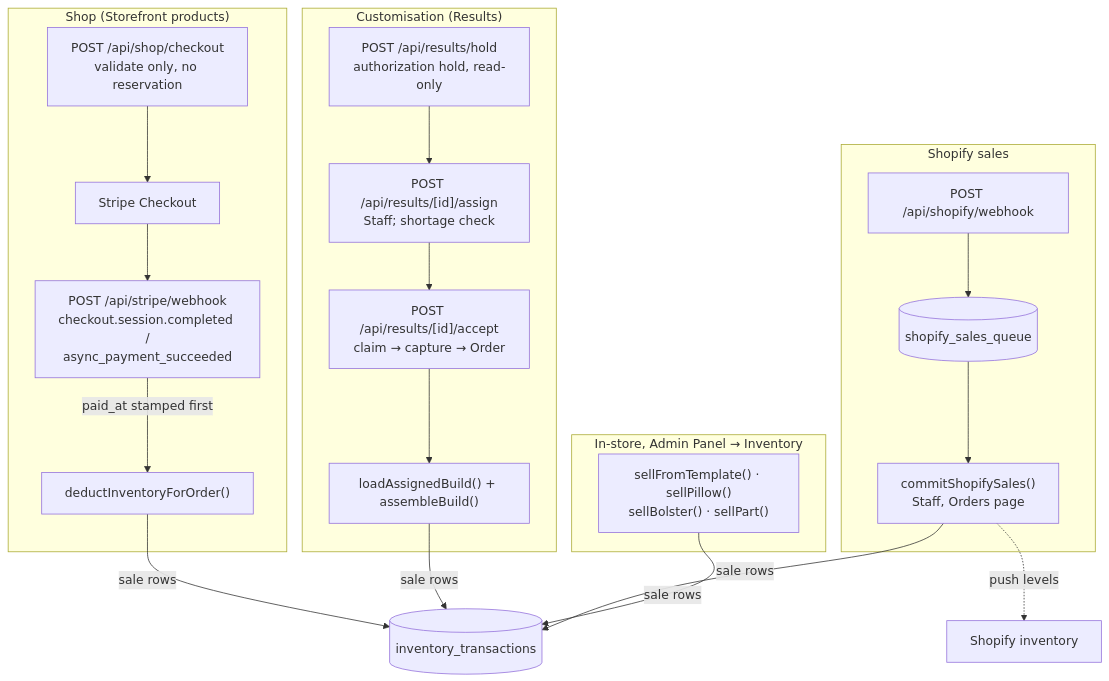
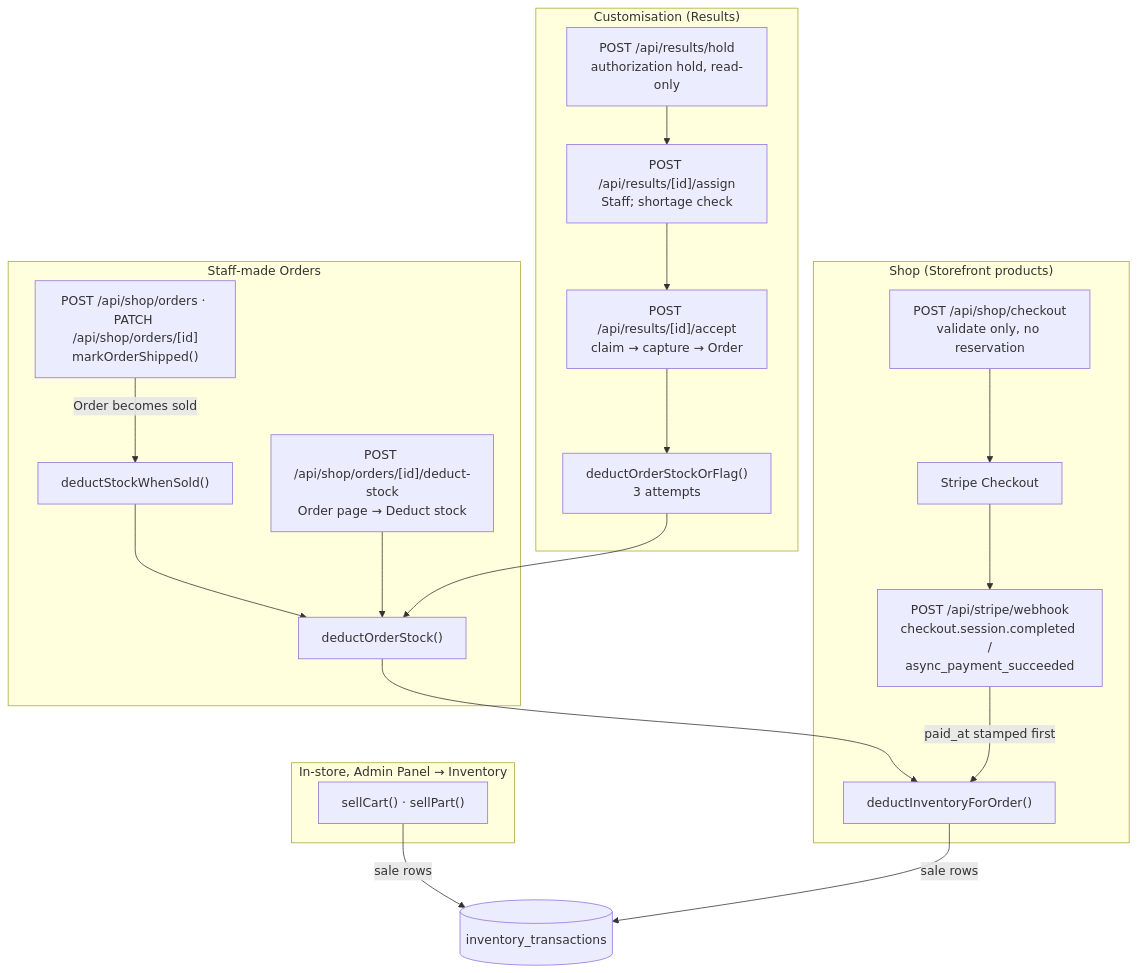
Before and after one commit to ivanyeors/mp: the diagram in docs/data-flows/purchases-to-inventory.md, drawn with Mermaid. The commit also changed other lines of this file and 48 other files, not shown here.

First line of the commit message:
Every sale takes its stock out once; remove the Shopify sales queue

````diff
--- a/docs/data-flows/purchases-to-inventory.md
+++ b/docs/data-flows/purchases-to-inventory.md
@@ -13,25 +13,25 @@
 ```mermaid
 flowchart TD
   subgraph shop["Shop (Storefront products)"]
     co["POST /api/shop/checkout<br/>validate only, no reservation"] --> stripe["Stripe Checkout"]
     stripe --> wh["POST /api/stripe/webhook<br/>checkout.session.completed /<br/>async_payment_succeeded"]
     wh -->|"paid_at stamped first"| did["deductInventoryForOrder()"]
   end
   subgraph results["Customisation (Results)"]
     hold["POST /api/results/hold<br/>authorization hold, read-only"] --> assign["POST /api/results/[id]/assign<br/>Staff; shortage check"]
     assign --> accept["POST /api/results/[id]/accept<br/>claim → capture → Order"]
-    accept --> lab["loadAssignedBuild() + assembleBuild()"]
+    accept --> dos["deductOrderStockOrFlag()<br/>3 attempts"]
   end
-  subgraph shopify["Shopify sales"]
-    swh["POST /api/shopify/webhook"] --> q[(shopify_sales_queue)]
-    q --> commit["commitShopifySales()<br/>Staff, Orders page"]
+  subgraph staff["Staff-made Orders"]
+    mk["POST /api/shop/orders · PATCH /api/shop/orders/[id]<br/>markOrderShipped()"] -->|"Order becomes sold"| dws["deductStockWhenSold()"]
+    btn["POST /api/shop/orders/[id]/deduct-stock<br/>Order page → Deduct stock"] --> dst["deductOrderStock()"]
   end
   subgraph manual["In-store, Admin Panel → Inventory"]
-    sells["sellFromTemplate() · sellPillow()<br/>sellBolster() · sellPart()"]
+    cart["sellCart() · sellPart()"]
   end
+  dos --> dst
+  dws --> dst
+  dst --> did
   did -->|"sale rows"| tx[(inventory_transactions)]
-  lab -->|"sale rows"| tx
-  commit -->|"sale rows"| tx
-  sells -->|"sale rows"| tx
-  commit -.->|"push levels"| sp["Shopify inventory"]
+  cart -->|"sale rows"| tx
 ```
````
